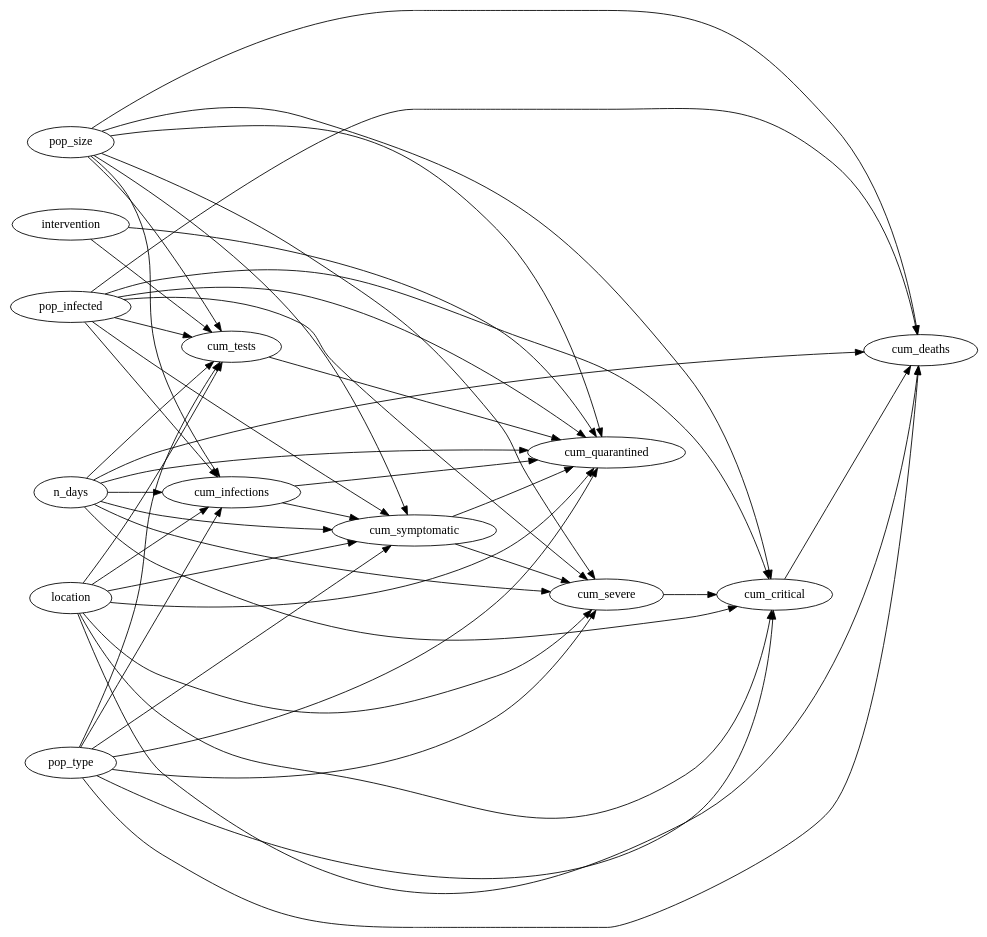
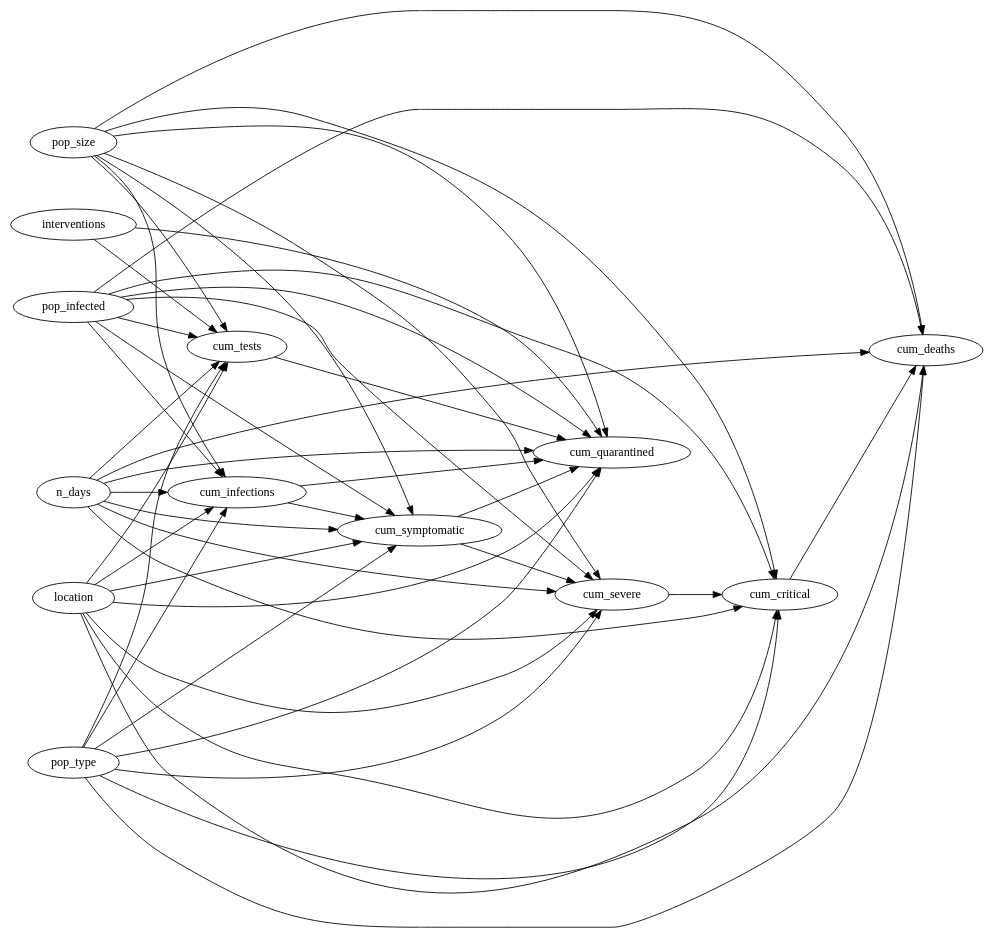
The diagram in scenarios/basic-end2end/dags/causal_dag.dot (CITCOM-project/causcumber), drawn with Graphviz before and after one commit. The commit also changed 8 other files, not shown here.

```diff
--- a/scenarios/basic-end2end/dags/causal_dag.dot
+++ b/scenarios/basic-end2end/dags/causal_dag.dot
@@ -1,60 +1,60 @@
 digraph "" {
 	graph [newrank=True,
 		rankdir=LR
 	];
 
-	intervention -> cum_tests;
-	intervention -> cum_quarantined;
+	interventions -> cum_tests;
+	interventions -> cum_quarantined;
 
 	cum_critical -> cum_deaths;
 
 	pop_size -> cum_critical;
 	pop_size -> cum_severe;
 	pop_size -> cum_deaths;
 	pop_size -> cum_infections;
 	pop_size -> cum_tests;
 	pop_size -> cum_quarantined;
 	pop_size -> cum_symptomatic;
 
 	location -> cum_critical;
 	location -> cum_severe;
 	location -> cum_deaths;
 	location -> cum_infections;
 	location -> cum_tests;
 	location -> cum_quarantined;
 	location -> cum_symptomatic;
 
 	n_days -> cum_critical;
 	n_days -> cum_severe;
 	n_days -> cum_deaths;
 	n_days -> cum_infections;
 	n_days -> cum_tests;
 	n_days -> cum_quarantined;
 	n_days -> cum_symptomatic;
 
 	pop_infected -> cum_critical;
 	pop_infected -> cum_severe;
 	pop_infected -> cum_deaths;
 	pop_infected -> cum_infections;
 	pop_infected -> cum_tests;
 	pop_infected -> cum_quarantined;
 	pop_infected -> cum_symptomatic;
 
 	pop_type -> cum_critical;
 	pop_type -> cum_severe;
 	pop_type -> cum_deaths;
 	pop_type -> cum_infections;
 	pop_type -> cum_tests;
 	pop_type -> cum_quarantined;
 	pop_type -> cum_symptomatic;
 
 	cum_severe -> cum_critical;
 
 	cum_infections -> cum_quarantined;
 	cum_infections -> cum_symptomatic;
 
 	cum_tests -> cum_quarantined;
 
 	cum_symptomatic -> cum_severe;
 	cum_symptomatic -> cum_quarantined;
 }
```
